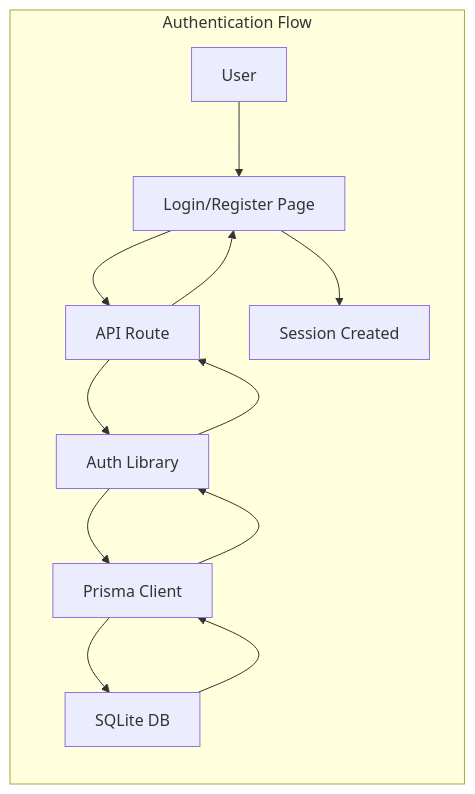
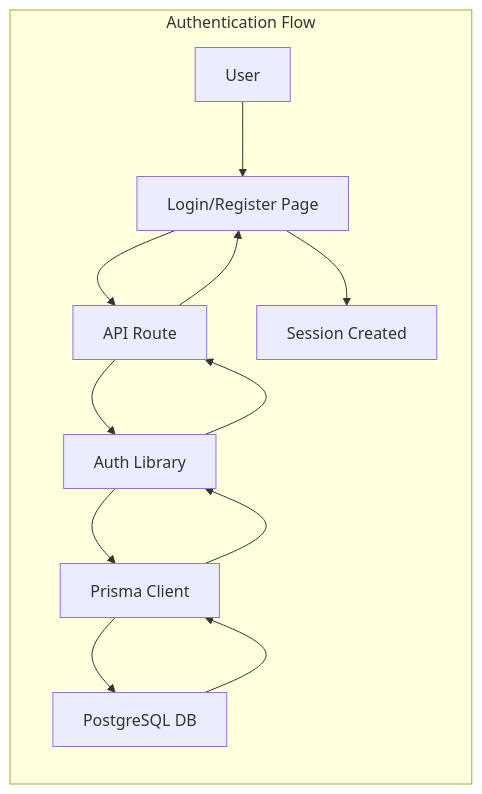
The second of 4 diagrams in ARCHITECTURE.md (bradsavon/weather), drawn with Mermaid before and after one commit. The commit also changed other lines of this file and 2 other files, not shown here.

Commit message:
chore: Migrate to PostgreSQL for Vercel deployment

````diff
--- a/ARCHITECTURE.md
+++ b/ARCHITECTURE.md
@@ -114,15 +114,15 @@
 ```mermaid
 graph LR
     subgraph "Authentication Flow"
         A[User] --> B[Login/Register Page]
         B --> C[API Route]
         C --> D[Auth Library]
         D --> E[Prisma Client]
-        E --> F[SQLite DB]
+        E --> F[PostgreSQL DB]
         F --> E
         E --> D
         D --> C
         C --> B
         B --> G[Session Created]
     end
 ```
````
